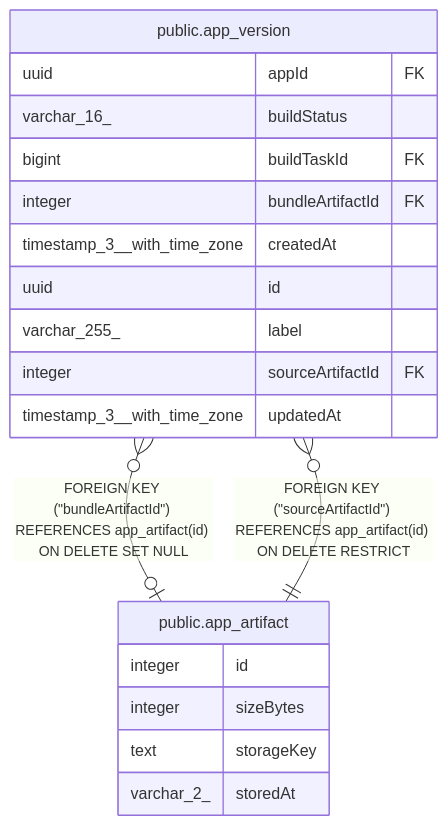
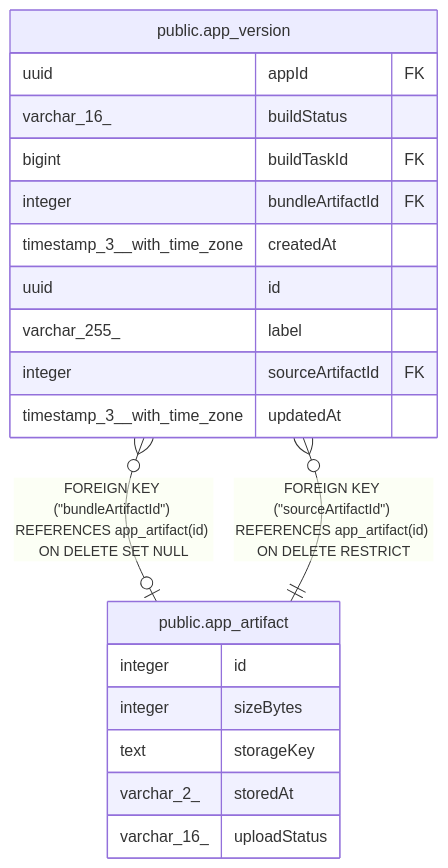
The diagram in docs/generated/postgres-schema/public.app_artifact.md (ATAC-tounde/n8n-private), drawn with Mermaid before and after one commit. The commit also changed other lines of this file and 7 other files, not shown here.

Commit message:
feat: Add uploadStatus column

````diff
--- a/docs/generated/postgres-schema/public.app_artifact.md
+++ b/docs/generated/postgres-schema/public.app_artifact.md
@@ -31,24 +34,25 @@
 ```mermaid
 erDiagram
 
 "public.app_version" }o--o| "public.app_artifact" : "FOREIGN KEY (#quot;bundleArtifactId#quot;) REFERENCES app_artifact(id) ON DELETE SET NULL"
 "public.app_version" }o--|| "public.app_artifact" : "FOREIGN KEY (#quot;sourceArtifactId#quot;) REFERENCES app_artifact(id) ON DELETE RESTRICT"
 
 "public.app_artifact" {
   integer id
   integer sizeBytes
   text storageKey
   varchar_2_ storedAt
+  varchar_16_ uploadStatus
 }
 "public.app_version" {
   uuid appId FK
   varchar_16_ buildStatus
   bigint buildTaskId FK
   integer bundleArtifactId FK
   timestamp_3__with_time_zone createdAt
   uuid id
   varchar_255_ label
   integer sourceArtifactId FK
   timestamp_3__with_time_zone updatedAt
 }
 ```
````
